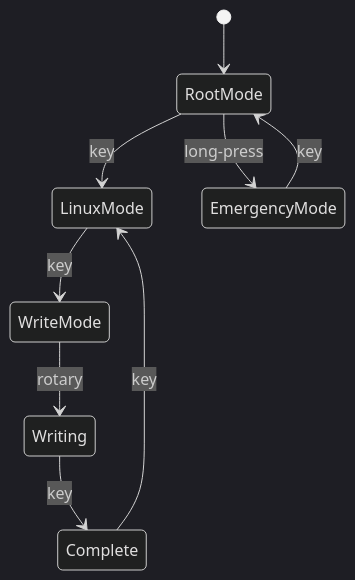
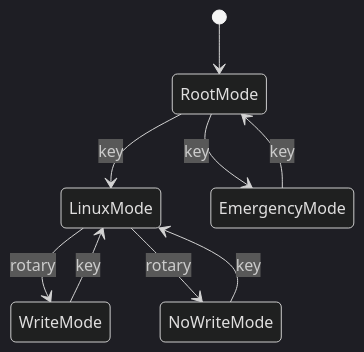
The third of 3 diagrams in README.md (KKami-An/ChangHoiAn), drawn with Mermaid (dark theme) before and after one commit.

````diff
--- a/README.md
+++ b/README.md
@@ -139,14 +139,13 @@
 ```mermaid
 stateDiagram-v2
   [*] --> RootMode
 
   RootMode --> LinuxMode: key
-  RootMode --> EmergencyMode: long-press
+  RootMode --> EmergencyMode: key
 
-  LinuxMode --> WriteMode: key
-  WriteMode --> Writing: rotary
-  Writing --> Complete: key
-  Complete --> LinuxMode: key
-
+  LinuxMode --> WriteMode: rotary
+  LinuxMode --> NoWriteMode: rotary
+  WriteMode --> LinuxMode: key
+  NoWriteMode --> LinuxMode: key
   EmergencyMode --> RootMode: key
 ```
````
